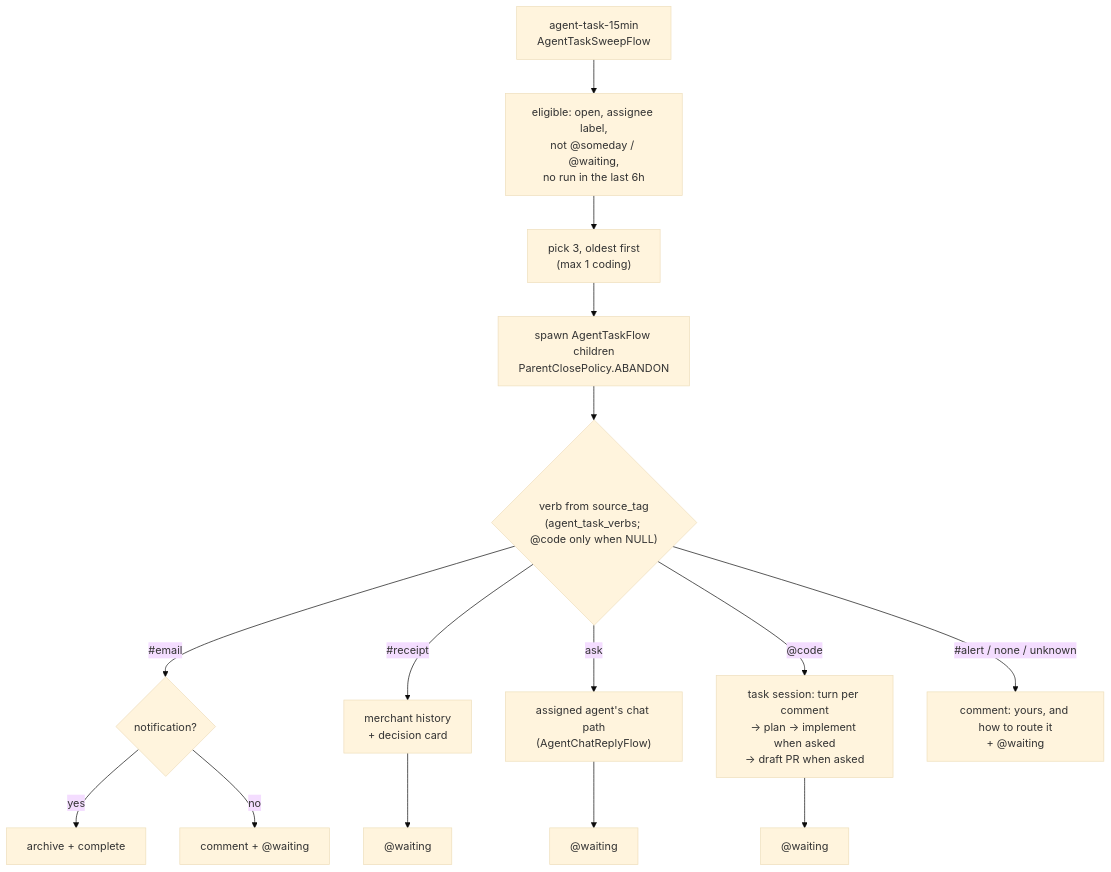
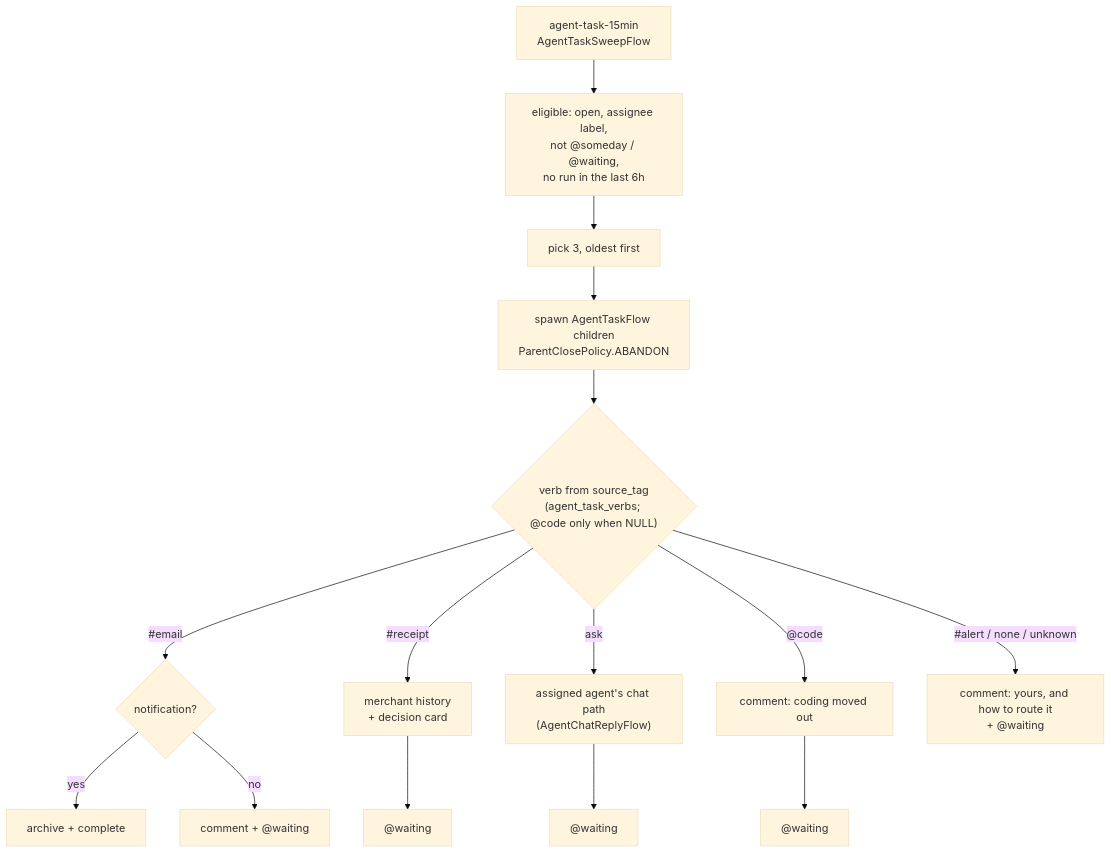
The diagram in docs/how-it-works.md (hikmahtech/aegis), drawn with Mermaid (base theme) before and after one commit. The commit also changed other lines of this file and 177 other files, not shown here.

Commit message:
chore: remove the coding lane, repo registry and infra registry from v1 (moved to a2-development)

````diff
--- a/docs/how-it-works.md
+++ b/docs/how-it-works.md
@@ -308,14 +309,14 @@
 ```mermaid
 flowchart TD
     S["agent-task-15min<br/>AgentTaskSweepFlow"] --> E["eligible: open, assignee label,<br/>not @someday / @waiting,<br/>no run in the last 6h"]
-    E --> P["pick 3, oldest first<br/>(max 1 coding)"]
+    E --> P["pick 3, oldest first"]
     P --> C["spawn AgentTaskFlow children<br/>ParentClosePolicy.ABANDON"]
     C --> V{"verb from source_tag<br/>(agent_task_verbs; @code only when NULL)"}
     V -- "#email" --> EM{"notification?"}
     EM -- yes --> D2["archive + complete"]
     EM -- no --> W2["comment + @waiting"]
     V -- "#receipt" --> F1["merchant history<br/>+ decision card"] --> W3["@waiting"]
     V -- "ask" --> A1["assigned agent's chat path<br/>(AgentChatReplyFlow)"] --> W7["@waiting"]
-    V -- "@code" --> K1["task session: turn per comment<br/>→ plan → implement when asked<br/>→ draft PR when asked"] --> W4["@waiting"]
+    V -- "@code" --> K1["comment: coding moved out"] --> W4["@waiting"]
     V -- "#alert / none / unknown" --> W5["comment: yours, and how to route it<br/>+ @waiting"]
 ```
````
